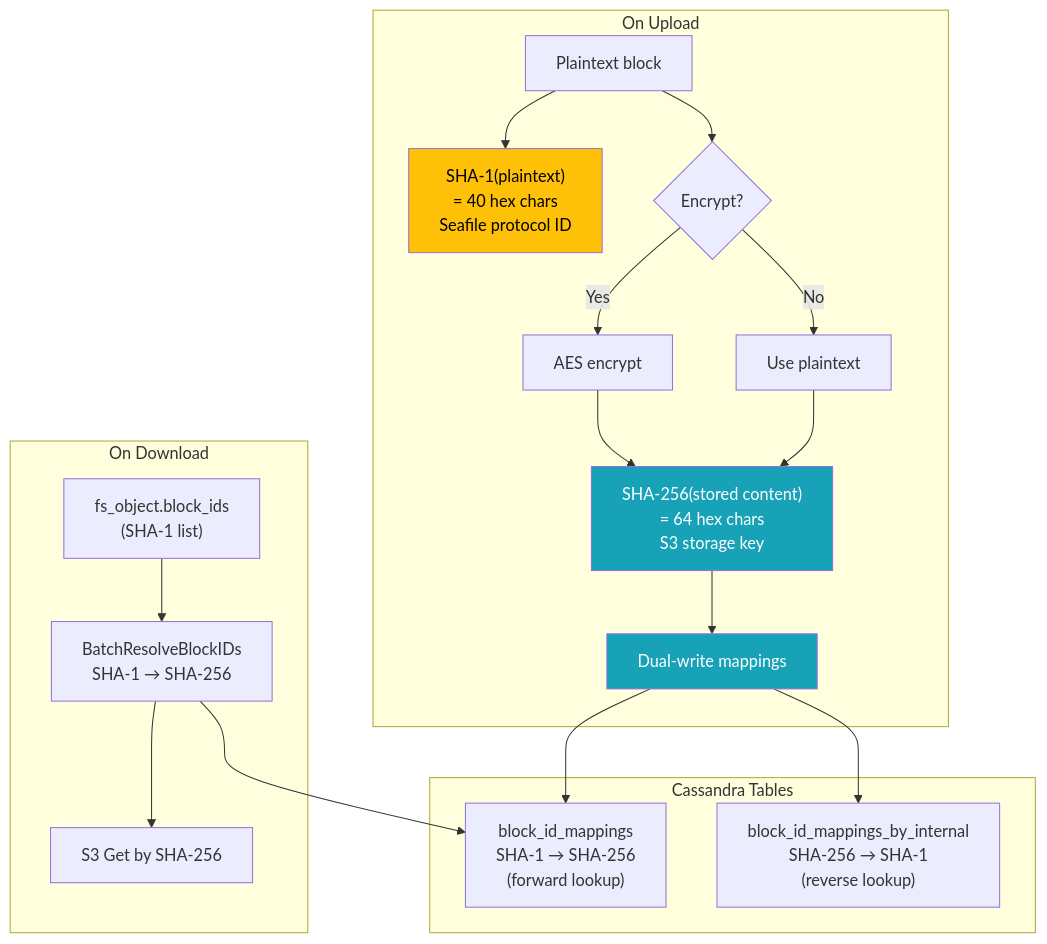
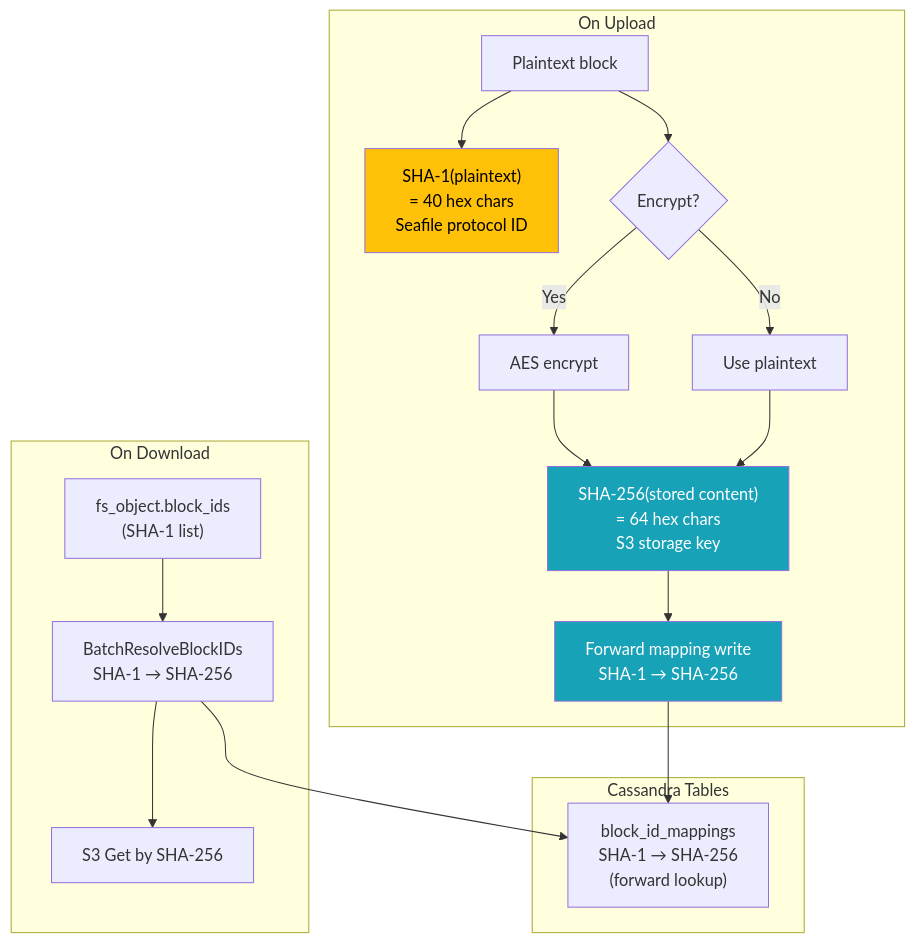
The third of 6 diagrams in docs/diagrams/chunking-flow.md (Sesame-Disk/cool-storage-api), drawn with Mermaid before and after one commit. The commit also changed 7 other files, not shown here.

````diff
--- a/docs/diagrams/chunking-flow.md
+++ b/docs/diagrams/chunking-flow.md
@@ -82,32 +82,30 @@
 ```mermaid
 flowchart TD
     subgraph Upload["On Upload"]
         Plain["Plaintext block"]
         Plain --> SHA1["SHA-1(plaintext)<br/>= 40 hex chars<br/>Seafile protocol ID"]
         Plain --> Enc{"Encrypt?"}
         Enc -->|Yes| Cipher["AES encrypt"]
         Enc -->|No| AsIs["Use plaintext"]
         Cipher --> SHA256["SHA-256(stored content)<br/>= 64 hex chars<br/>S3 storage key"]
         AsIs --> SHA256
-        SHA256 --> DualWrite["Dual-write mappings"]
+        SHA256 --> ForwardOnly["Forward mapping write<br/>SHA-1 → SHA-256"]
     end
 
     subgraph Tables["Cassandra Tables"]
         T1["block_id_mappings<br/>SHA-1 → SHA-256<br/>(forward lookup)"]
-        T2["block_id_mappings_by_internal<br/>SHA-256 → SHA-1<br/>(reverse lookup)"]
     end
 
     subgraph Download["On Download"]
         FS["fs_object.block_ids<br/>(SHA-1 list)"]
         FS --> Resolve["BatchResolveBlockIDs<br/>SHA-1 → SHA-256"]
         Resolve --> S3Get["S3 Get by SHA-256"]
     end
 
-    DualWrite --> T1
-    DualWrite --> T2
+    ForwardOnly --> T1
     Resolve --> T1
 
     style SHA1 fill:#ffc107,color:#000
     style SHA256 fill:#17a2b8,color:#fff
-    style DualWrite fill:#17a2b8,color:#fff
+    style ForwardOnly fill:#17a2b8,color:#fff
 ```
````
